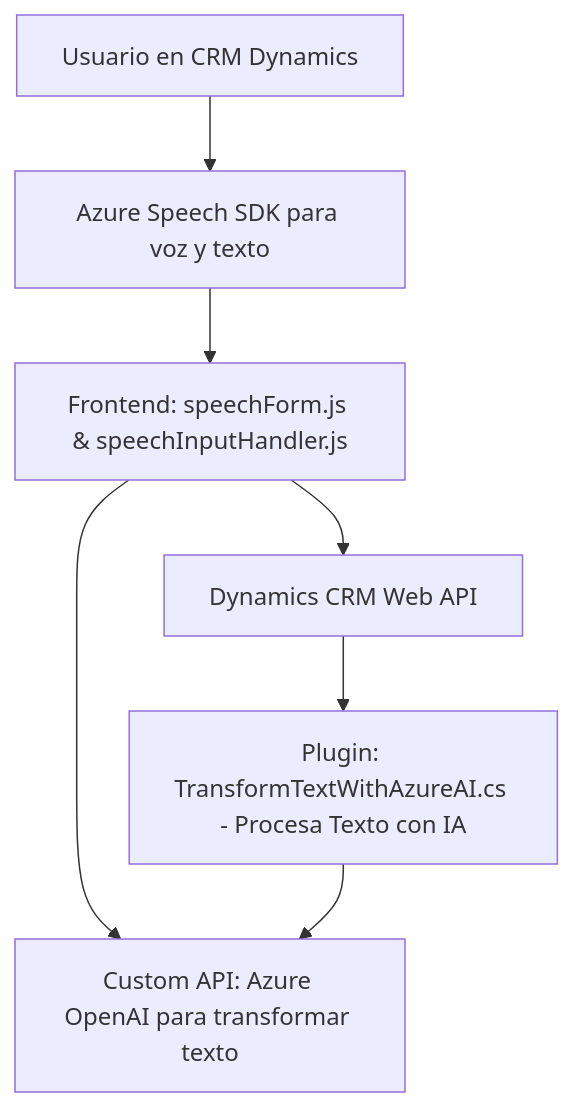
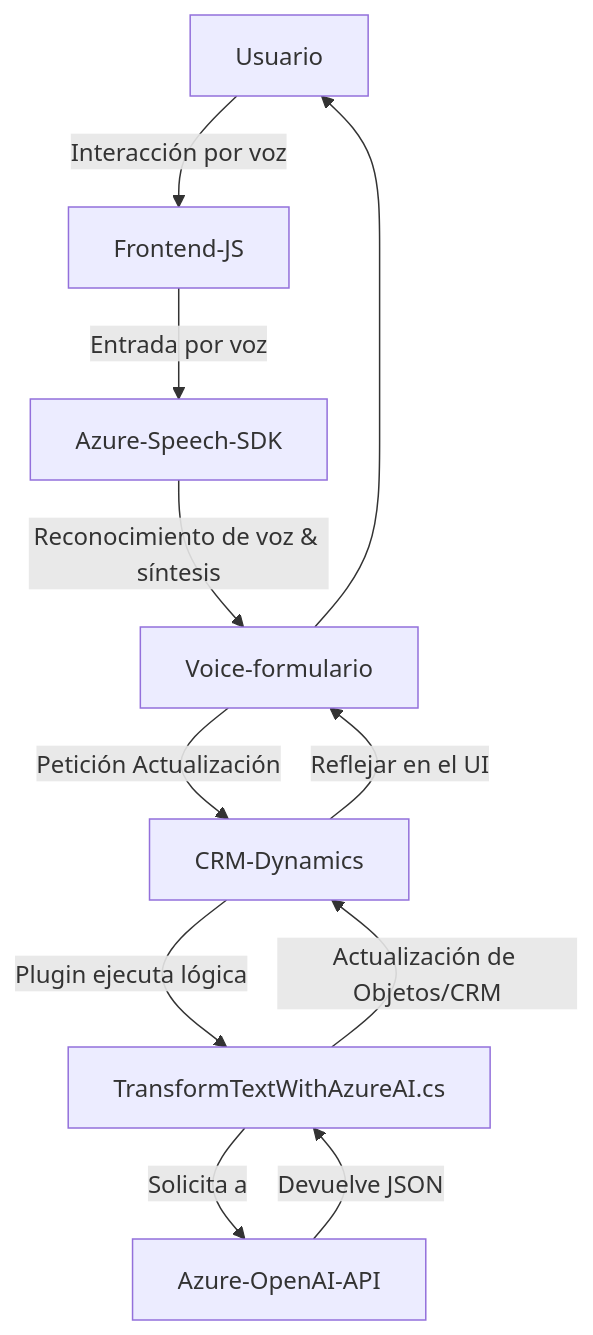
One commit to blopezdm/NETCORE_BILBAO2025 changed the diagram in README.md. Above: the diagram before and after it, drawn with Mermaid. The commit also changed other lines of this file, not shown here.

Commit message:
Actualizar análisis global de la solución con IA

````diff
--- a/README.md
+++ b/README.md
@@ -43,16 +44,11 @@
 ```mermaid
 graph TD
-    A["Usuario en CRM Dynamics"]
-    B["Plugin: TransformTextWithAzureAI.cs - Procesa Texto con IA"]
-    C["Custom API: Azure OpenAI para transformar texto"]
-    D["Frontend: speechForm.js & speechInputHandler.js"]
-    E["Azure Speech SDK para voz y texto"]
-    F["Dynamics CRM Web API"]
-    
-    A --> E
-    E --> D
-    D --> F
-    D --> C
-    B --> C
-    F --> B
+    A["Usuario"] -->|Interacción por voz| B["Frontend-JS"]
+    B -->|Entrada por voz| C["Azure-Speech-SDK"]
+    C -->|Reconocimiento de voz & síntesis| D["Voice-formulario"]
+    D -->|Petición Actualización| E["CRM-Dynamics"]
+    E -->|Plugin ejecuta lógica| F["TransformTextWithAzureAI.cs"]
+    F -->|Solicita a| G["Azure-OpenAI-API"]
+    G -->|Devuelve JSON| F -->|Actualización de Objetos/CRM| E
+    E -->|Reflejar en el UI| D --> A
 ```
````
